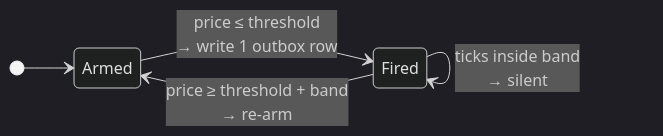
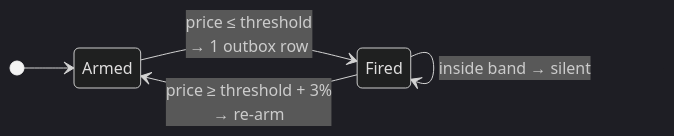
Before and after one commit to MC-161/priceWatch: the fourth of 6 diagrams in README.md, drawn with Mermaid (dark theme). The commit also changed other lines of this file and 3 other files, not shown here.

````diff
--- a/README.md
+++ b/README.md
@@ -276,8 +283,8 @@
 ```mermaid
 stateDiagram-v2
     direction LR
     [*] --> Armed
-    Armed --> Fired: price ≤ threshold<br/>→ write 1 outbox row
-    Fired --> Fired: ticks inside band<br/>→ silent
-    Fired --> Armed: price ≥ threshold + band<br/>→ re-arm
+    Armed --> Fired: price ≤ threshold<br/>→ 1 outbox row
+    Fired --> Fired: inside band → silent
+    Fired --> Armed: price ≥ threshold + 3%<br/>→ re-arm
 ```
````
